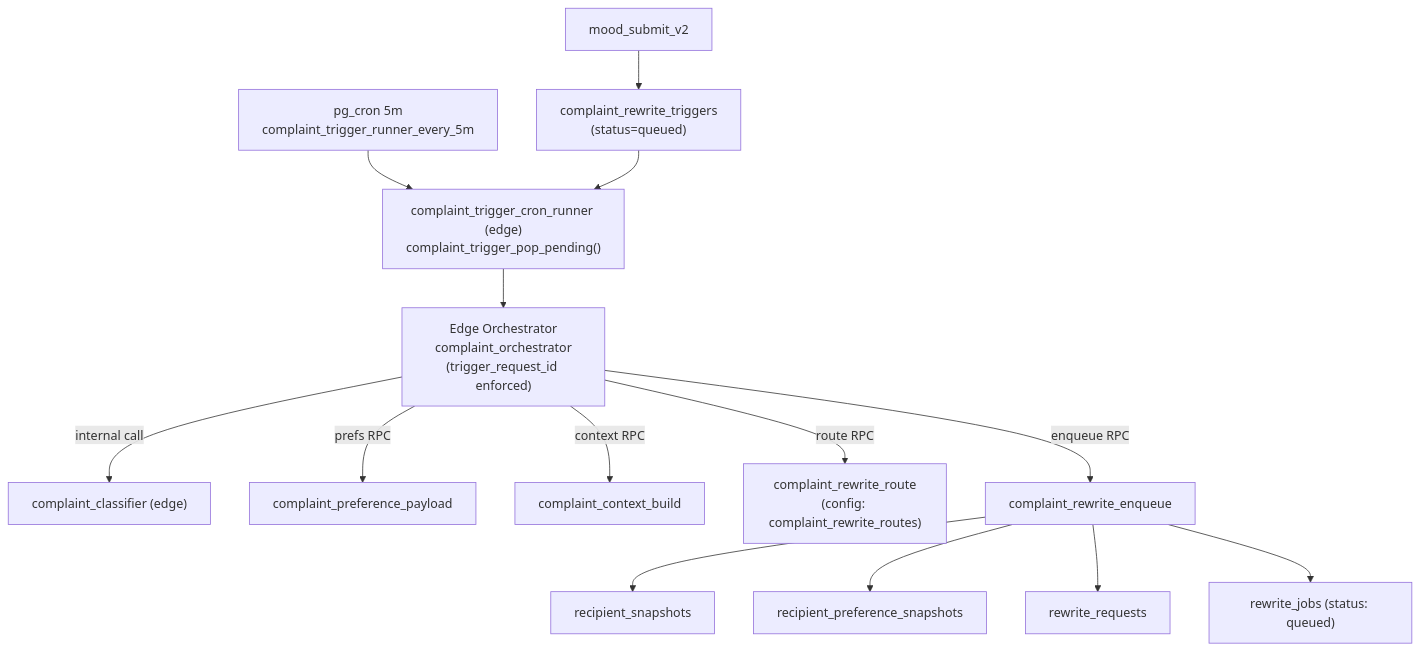
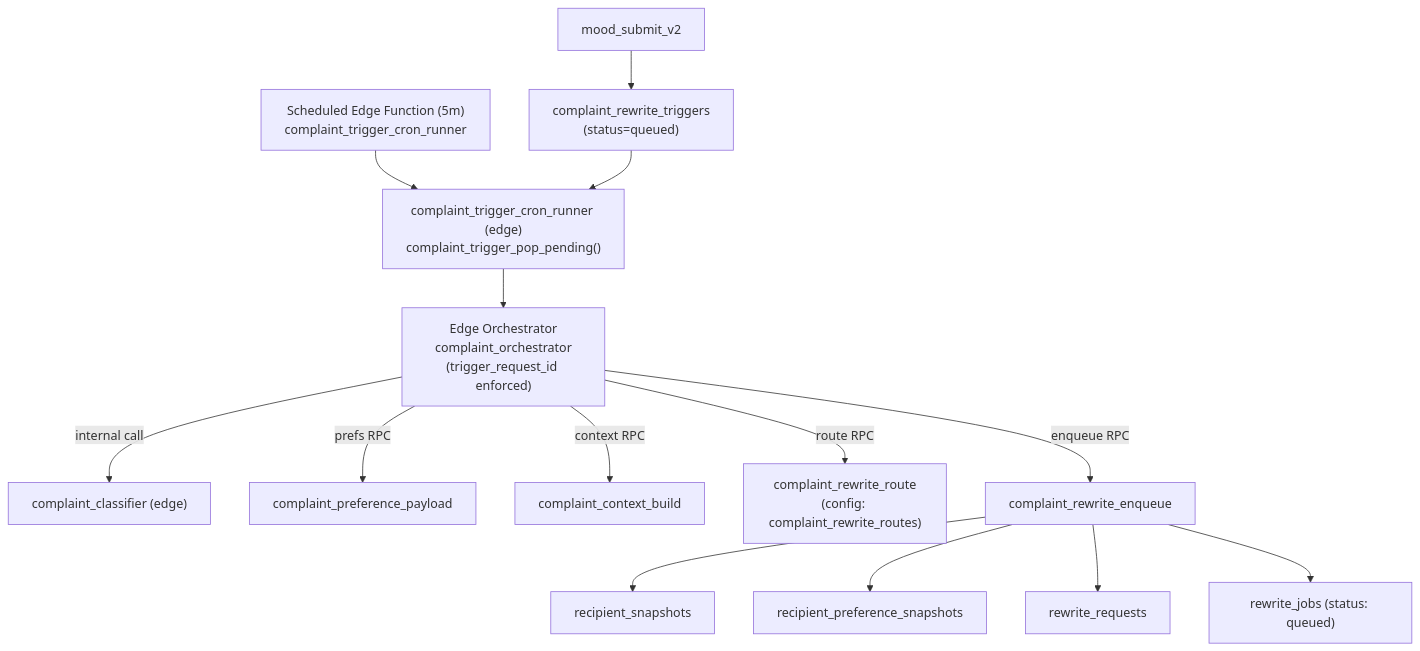
Before and after one commit to pariszhuang123/kinly-backend: the first of 3 diagrams in docs/contracts/complaints/complaint_rewrite_system_map.md, drawn with Mermaid. The commit also changed other lines of this file and 6 other files, not shown here.

Commit message:
Implement refactor complaint cron, no negative gratitude mention and update chore list username

````diff
--- a/docs/contracts/complaints/complaint_rewrite_system_map.md
+++ b/docs/contracts/complaints/complaint_rewrite_system_map.md
@@ -17,18 +17,18 @@
 ```mermaid
 flowchart TD
   MOOD["mood_submit_v2"] --> TRIG["complaint_rewrite_triggers<br/>(status=queued)"]
-  PGCRON["pg_cron 5m<br/>complaint_trigger_runner_every_5m"] --> RUNNER["complaint_trigger_cron_runner (edge)<br/>complaint_trigger_pop_pending()"]
+  SCHED1["Scheduled Edge Function (5m)<br/>complaint_trigger_cron_runner"] --> RUNNER["complaint_trigger_cron_runner (edge)<br/>complaint_trigger_pop_pending()"]
   TRIG --> RUNNER
   RUNNER --> ORCH["Edge Orchestrator<br/>complaint_orchestrator<br/>(trigger_request_id enforced)"]
 
   ORCH -->|internal call| CLF["complaint_classifier (edge)"]
   ORCH -->|prefs RPC| PREF["complaint_preference_payload"]
   ORCH -->|context RPC| CTX["complaint_context_build"]
   ORCH -->|route RPC| ROUTE["complaint_rewrite_route<br/>(config: complaint_rewrite_routes)"]
   ORCH -->|enqueue RPC| ENQ["complaint_rewrite_enqueue"]
 
   ENQ --> RSNAP["recipient_snapshots"]
   ENQ --> RPSNAP["recipient_preference_snapshots"]
   ENQ --> REQ["rewrite_requests"]
   ENQ --> JOBS["rewrite_jobs (status: queued)"]
 ```
````
